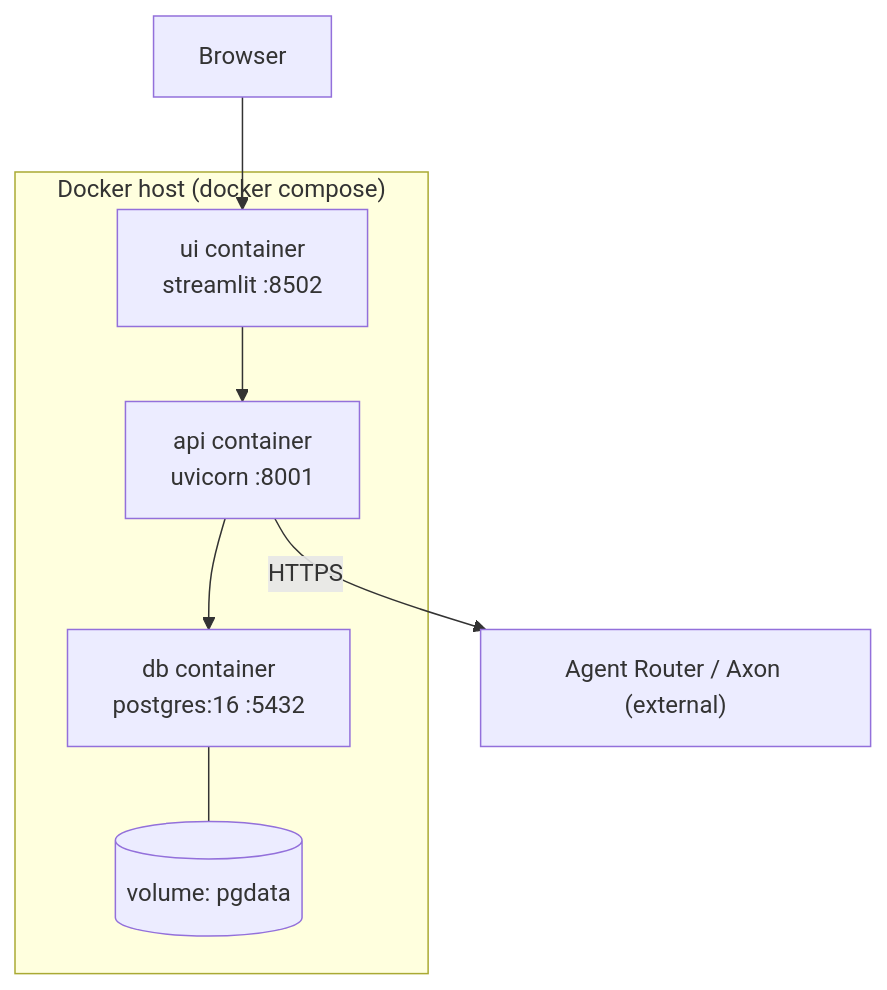
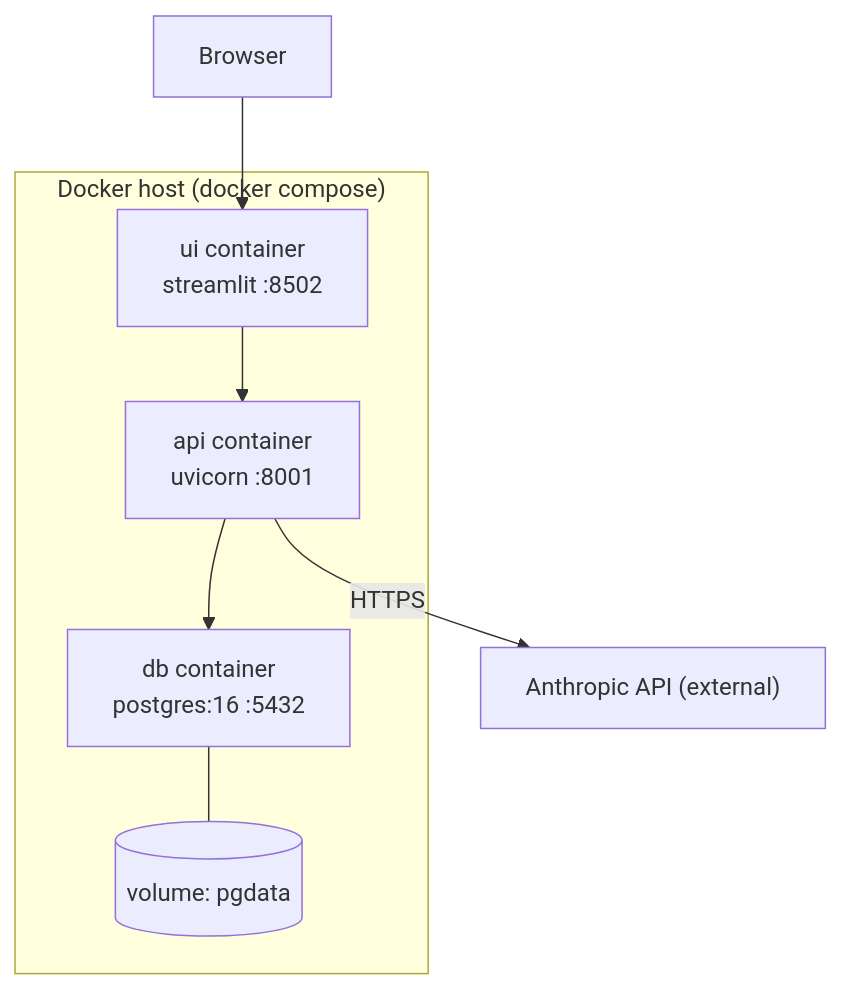
The second of 8 diagrams in attendance-platform/docs/ARCHITECTURE.md (gpr-27/Assignment), drawn with Mermaid before and after one commit. The commit also changed other lines of this file and 14 other files, not shown here.

First line of the commit message:
Switch LLM integration from Agent Router to official Anthropic API.

````diff
--- a/attendance-platform/docs/ARCHITECTURE.md
+++ b/attendance-platform/docs/ARCHITECTURE.md
@@ -18,13 +18,13 @@
 ```mermaid
 flowchart TB
     subgraph Host["Docker host (docker compose)"]
         UI["ui container<br/>streamlit :8502"]
         API["api container<br/>uvicorn :8001"]
         DB["db container<br/>postgres:16 :5432"]
         V1[("volume: pgdata")]
         UI --> API --> DB
         DB --- V1
     end
-    API -->|HTTPS| Axon["Agent Router / Axon (external)"]
+    API -->|HTTPS| Anthropic["Anthropic API (external)"]
     Browser --> UI
 ```
````
